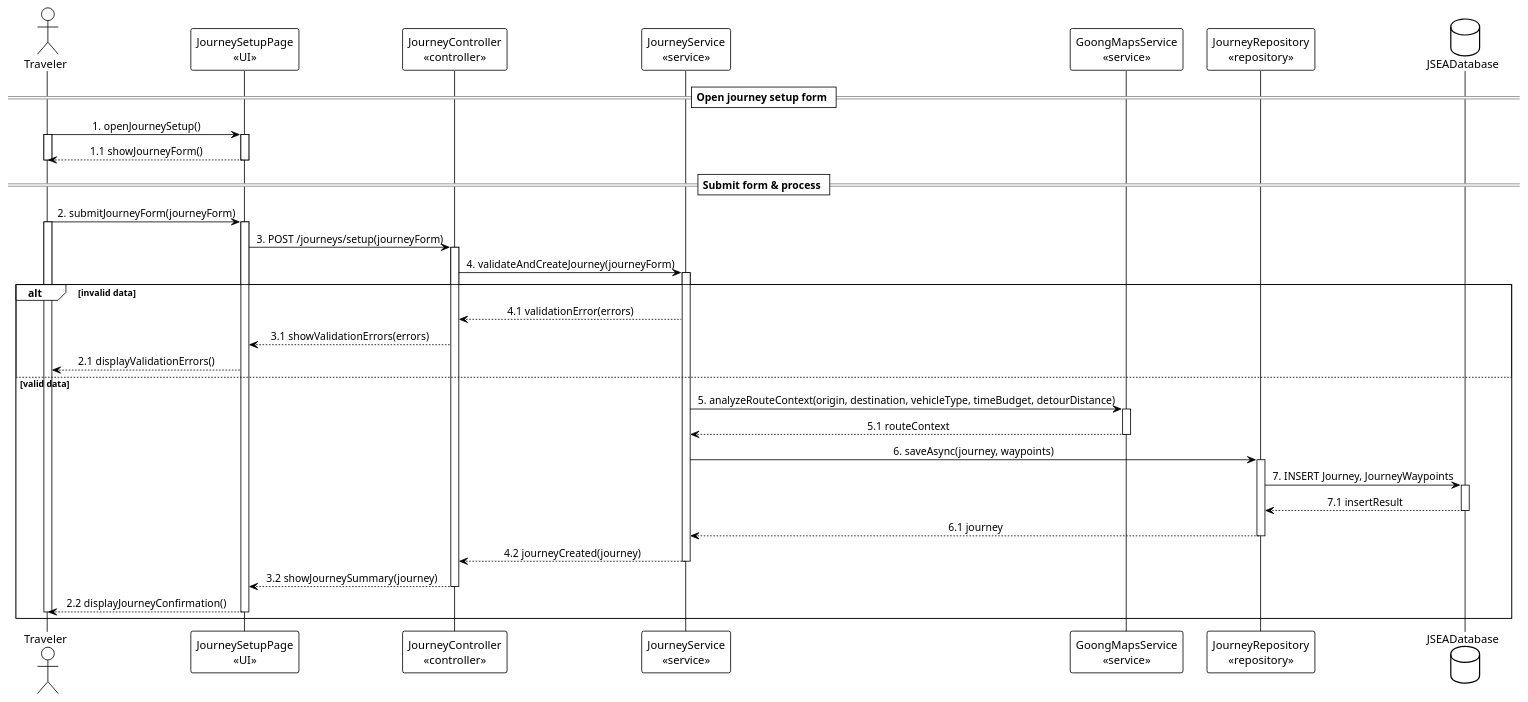
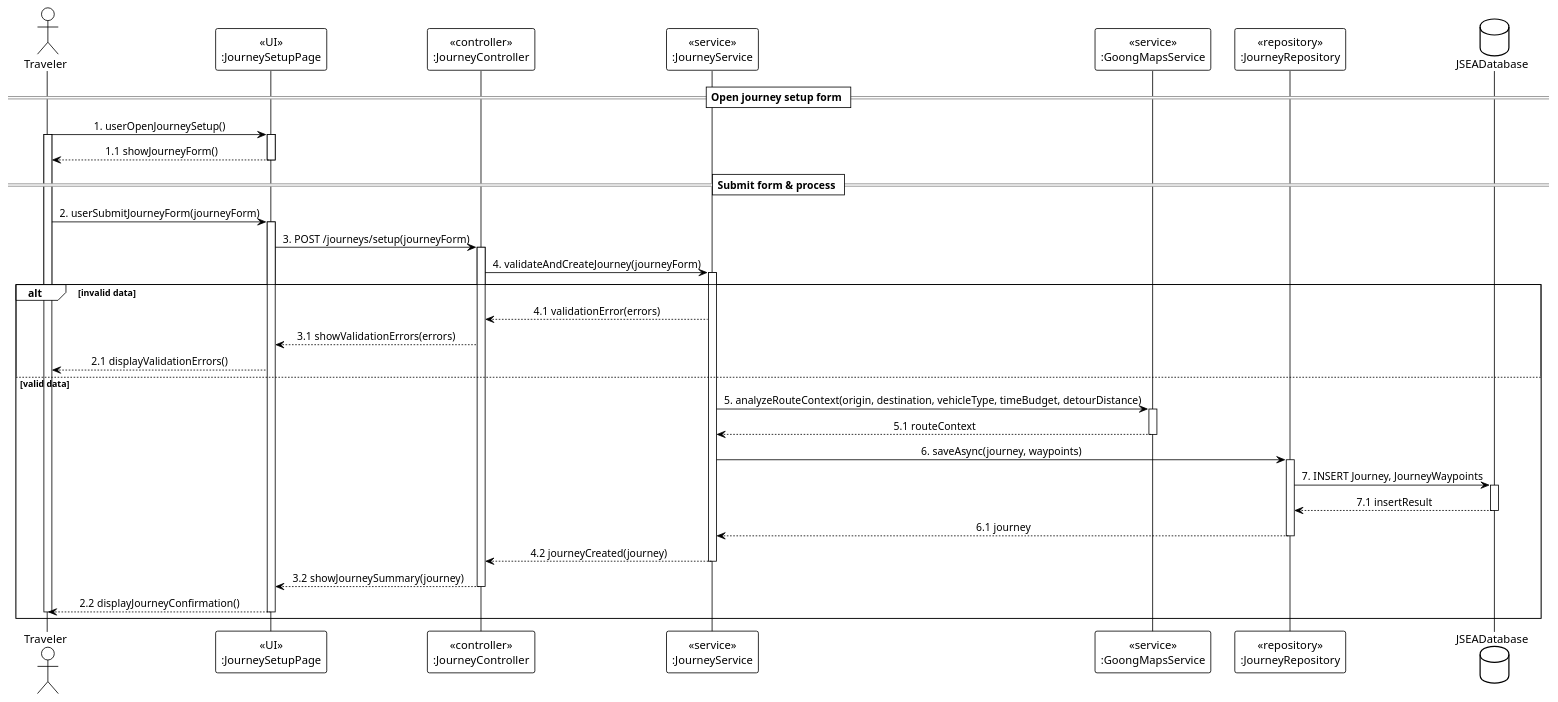
One commit to Nerodamonte/JourneySense_BackEnd changed the diagram in docs/diagrams/sequence-journey-setup.puml. Above: the diagram before and after it, drawn with PlantUML. The commit also changed 4 other files, not shown here.

```diff
--- a/docs/diagrams/sequence-journey-setup.puml
+++ b/docs/diagrams/sequence-journey-setup.puml
@@ -1,58 +1,57 @@
 @startuml Journey Setup - Sequence Diagram
 !theme plain
 skinparam sequenceMessageAlign center
 skinparam responseMessageBelowArrow true
 
 actor Traveler
-participant "JourneySetupPage\n<<UI>>" as JourneyUI
-participant "JourneyController\n<<controller>>" as JourneyController
-participant "JourneyService\n<<service>>" as JourneyService
-participant "GoongMapsService\n<<service>>" as GoongMapsService
-participant "JourneyRepository\n<<repository>>" as JourneyRepository
+participant "<<UI>>\n:JourneySetupPage" as JourneyUI
+participant "<<controller>>\n:JourneyController" as JourneyController
+participant "<<service>>\n:JourneyService" as JourneyService
+participant "<<service>>\n:GoongMapsService" as GoongMapsService
+participant "<<repository>>\n:JourneyRepository" as JourneyRepository
 database "JSEADatabase" as DB
 
 == Open journey setup form ==
-Traveler -> JourneyUI : 1. openJourneySetup()
+Traveler -> JourneyUI : 1. userOpenJourneySetup()
 activate JourneyUI
 activate Traveler
 JourneyUI --> Traveler : 1.1 showJourneyForm()
 deactivate JourneyUI
-deactivate Traveler
+
 
 == Submit form & process ==
-Traveler -> JourneyUI : 2. submitJourneyForm(journeyForm)
+Traveler -> JourneyUI : 2. userSubmitJourneyForm(journeyForm)
 activate JourneyUI
-activate Traveler
 JourneyUI -> JourneyController : 3. POST /journeys/setup(journeyForm)
 activate JourneyController
 JourneyController -> JourneyService : 4. validateAndCreateJourney(journeyForm)
 activate JourneyService
 
 alt invalid data
     JourneyService --> JourneyController : 4.1 validationError(errors)
     JourneyController --> JourneyUI : 3.1 showValidationErrors(errors)
     JourneyUI --> Traveler : 2.1 displayValidationErrors()
 else valid data
     JourneyService -> GoongMapsService : 5. analyzeRouteContext(origin, destination, vehicleType, timeBudget, detourDistance)
     activate GoongMapsService
     GoongMapsService --> JourneyService : 5.1 routeContext
     deactivate GoongMapsService
 
     JourneyService -> JourneyRepository : 6. saveAsync(journey, waypoints)
     activate JourneyRepository
     JourneyRepository -> DB : 7. INSERT Journey, JourneyWaypoints
     activate DB
     DB --> JourneyRepository : 7.1 insertResult
     deactivate DB
     JourneyRepository --> JourneyService : 6.1 journey
     deactivate JourneyRepository
 
     JourneyService --> JourneyController : 4.2 journeyCreated(journey)
     deactivate JourneyService
     JourneyController --> JourneyUI : 3.2 showJourneySummary(journey)
     deactivate JourneyController
     JourneyUI --> Traveler : 2.2 displayJourneyConfirmation()
     deactivate JourneyUI
     deactivate Traveler
 end
 @enduml
```
